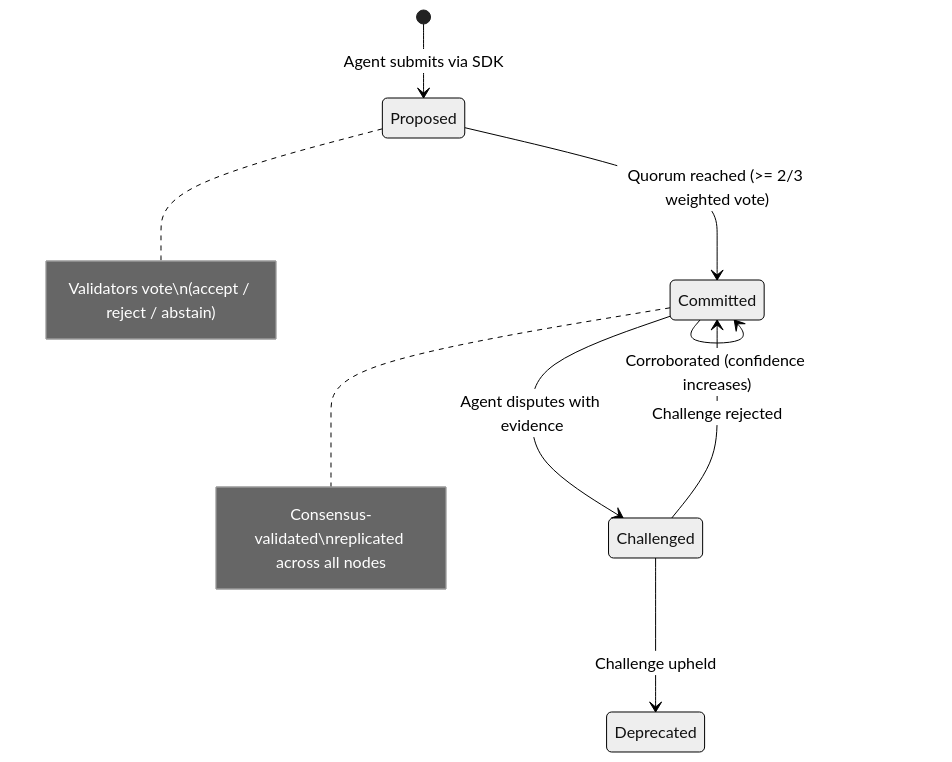
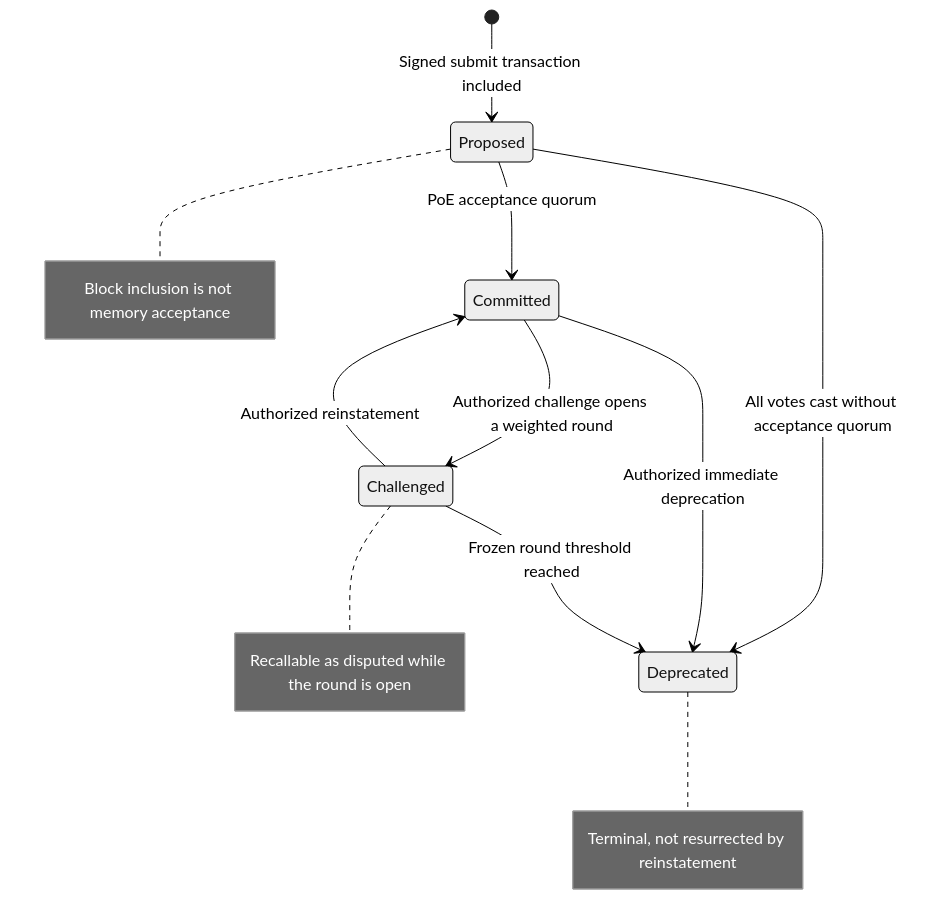
One commit to PrakharMNNIT/l33tdawg-sage changed the fifth of 5 diagrams in docs/ARCHITECTURE.md. Above: the diagram before and after it, drawn with Mermaid (neutral theme). The commit also changed other lines of this file and 5 other files, not shown here.

Commit message:
docs: modernize architecture diagrams and trust boundaries

````diff
--- a/docs/ARCHITECTURE.md
+++ b/docs/ARCHITECTURE.md
@@ -1093,12 +1094,13 @@
 ```mermaid
 stateDiagram-v2
-    [*] --> Proposed: Agent submits via SDK
-    Proposed --> Committed: Quorum reached (>= 2/3 weighted vote)
-    Committed --> Challenged: Agent disputes with evidence
-    Challenged --> Deprecated: Challenge upheld
-    Challenged --> Committed: Challenge rejected
-    Committed --> Committed: Corroborated (confidence increases)
-
-    note right of Proposed: Validators vote\n(accept / reject / abstain)
-    note right of Committed: Consensus-validated\nreplicated across all nodes
+    [*] --> Proposed: Signed submit transaction included
+    Proposed --> Committed: PoE acceptance quorum
+    Proposed --> Deprecated: All votes cast without acceptance quorum
+    Committed --> Challenged: Authorized challenge opens a weighted round
+    Committed --> Deprecated: Authorized immediate deprecation
+    Challenged --> Deprecated: Frozen round threshold reached
+    Challenged --> Committed: Authorized reinstatement
+    note right of Proposed: Block inclusion is not memory acceptance
+    note right of Challenged: Recallable as disputed while the round is open
+    note right of Deprecated: Terminal, not resurrected by reinstatement
 ```
````
